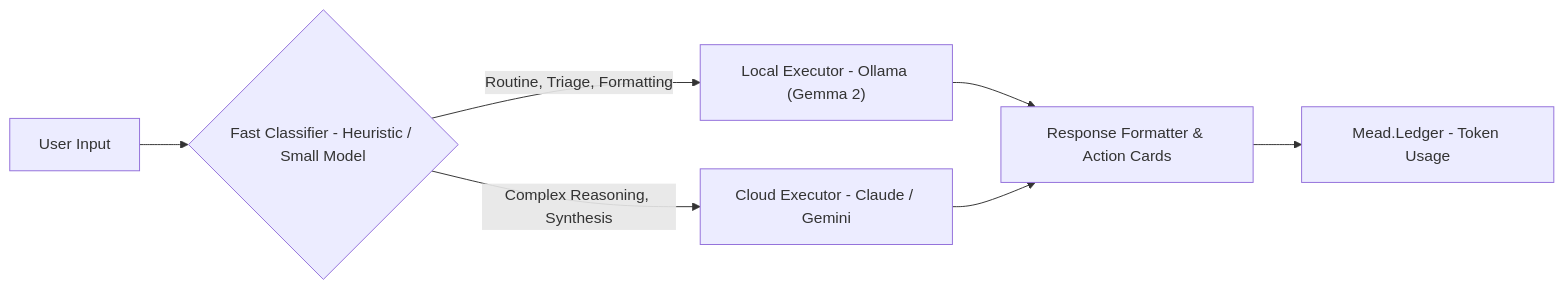
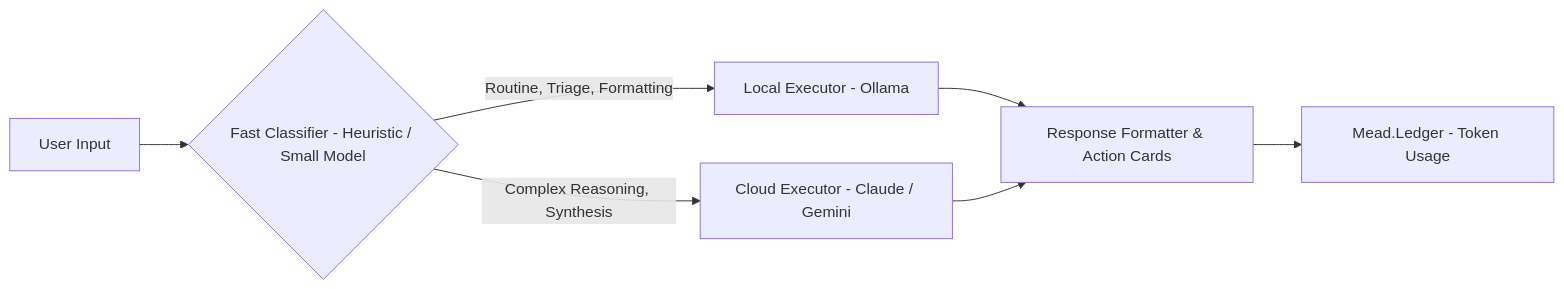
The second of 2 diagrams in docs/ARCHITECTURE.md (albertosca/mead), drawn with Mermaid before and after one commit. The commit also changed other lines of this file and 3 other files, not shown here.

````diff
--- a/docs/ARCHITECTURE.md
+++ b/docs/ARCHITECTURE.md
@@ -54,9 +54,9 @@
 ```mermaid
 flowchart LR
     Msg["User Input"] --> Classifier{"Fast Classifier - Heuristic / Small Model"}
-    Classifier -->|"Routine, Triage, Formatting"| LocalExec["Local Executor - Ollama (Gemma 2)"]
+    Classifier -->|"Routine, Triage, Formatting"| LocalExec["Local Executor - Ollama"]
     Classifier -->|"Complex Reasoning, Synthesis"| CloudExec["Cloud Executor - Claude / Gemini"]
     LocalExec --> TurnHandler["Response Formatter & Action Cards"]
     CloudExec --> TurnHandler
     TurnHandler --> Ledger["Mead.Ledger - Token Usage"]
 ```
````
